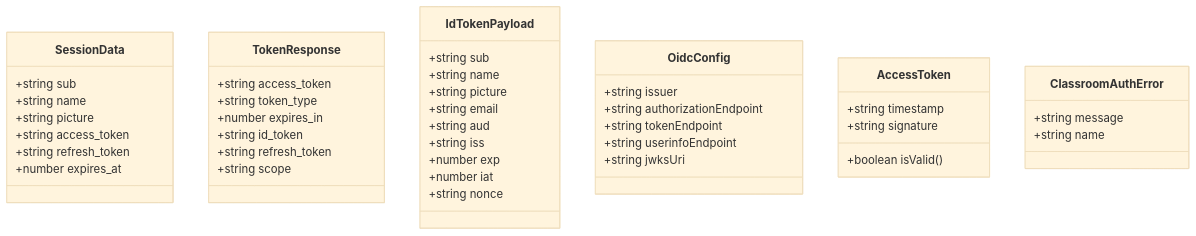
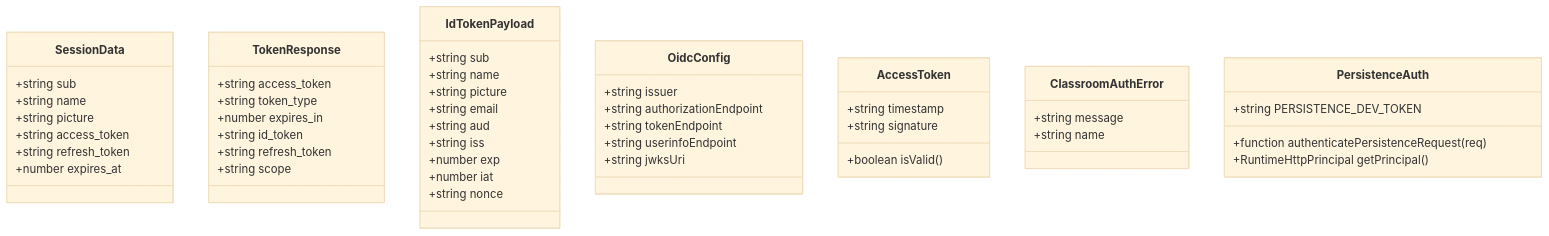
Before and after one commit to huangboheng/OpenMAIC: the third of 8 diagrams in .qoder/repowiki/zh/content/架构设计/后端架构设计/OAuth 2.0 认证系统.md, drawn with Mermaid (base theme). The commit also changed other lines of this file and 2 other files, not shown here.

First line of the commit message:
docs(repowiki): update OAuth 2.0 architecture knowledge and metadata

````diff
--- a/.qoder/repowiki/zh/content/架构设计/后端架构设计/OAuth 2.0 认证系统.md
+++ b/.qoder/repowiki/zh/content/架构设计/后端架构设计/OAuth 2.0 认证系统.md
@@ -168,46 +185,51 @@
 ```mermaid
 classDiagram
 class SessionData {
 +string sub
 +string name
 +string picture
 +string access_token
 +string refresh_token
 +number expires_at
 }
 class TokenResponse {
 +string access_token
 +string token_type
 +number expires_in
 +string id_token
 +string refresh_token
 +string scope
 }
 class IdTokenPayload {
 +string sub
 +string name
 +string picture
 +string email
 +string aud
 +string iss
 +number exp
 +number iat
 +string nonce
 }
 class OidcConfig {
 +string issuer
 +string authorizationEndpoint
 +string tokenEndpoint
 +string userinfoEndpoint
 +string jwksUri
 }
 class AccessToken {
 +string timestamp
 +string signature
 +boolean isValid()
 }
 class ClassroomAuthError {
 +string message
 +string name
 }
+class PersistenceAuth {
++string PERSISTENCE_DEV_TOKEN
++function authenticatePersistenceRequest(req)
++RuntimeHttpPrincipal getPrincipal()
+}
 ```
````
